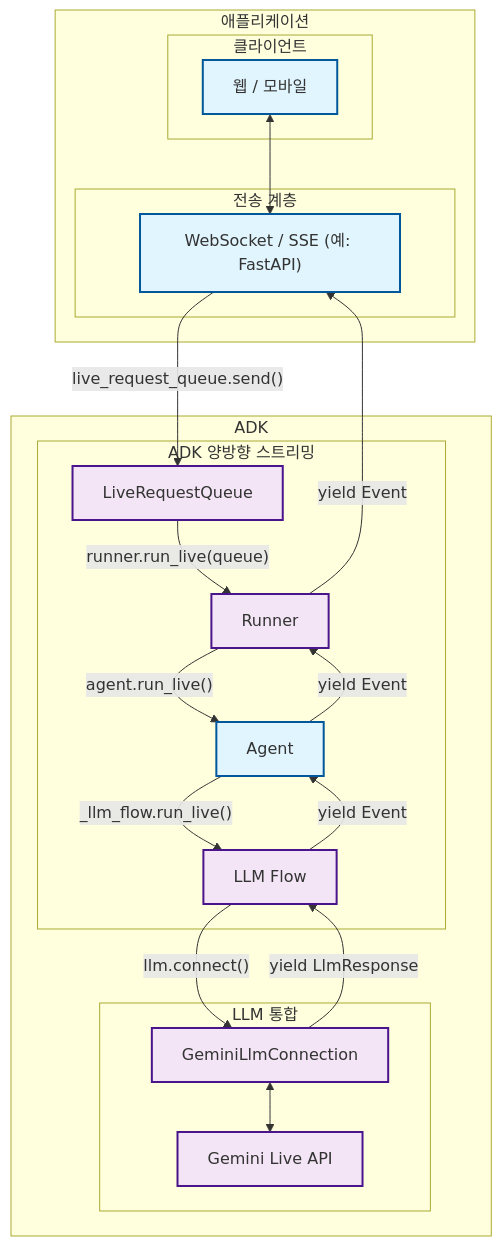
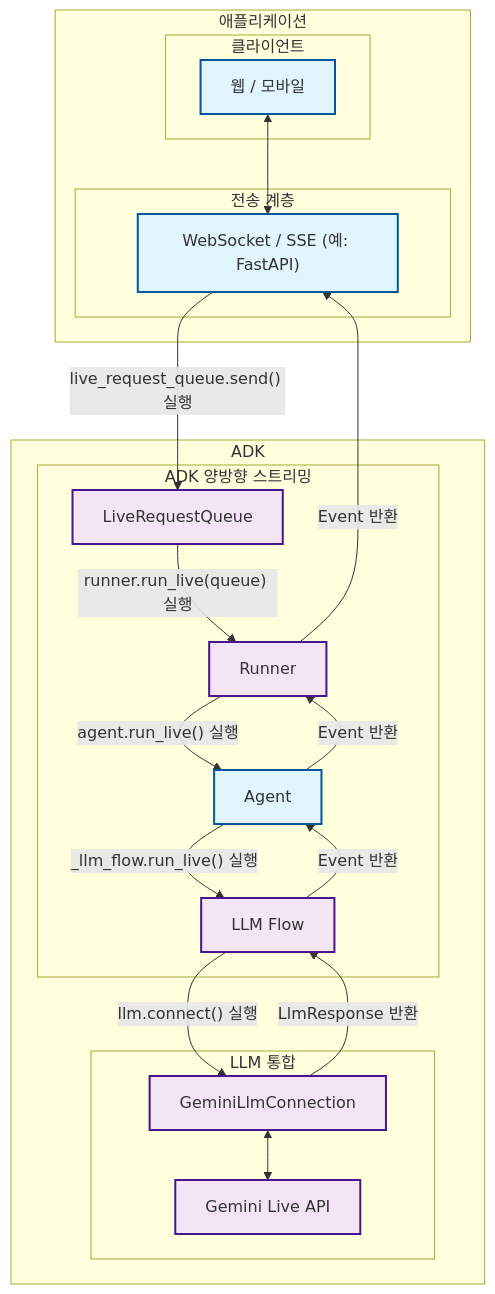
The second of 2 diagrams in docs/ko/streaming/dev-guide/part1.md (adk-labs/adk-docs), drawn with Mermaid before and after one commit. The commit also changed other lines of this file and 37 other files, not shown here.

````diff
--- a/docs/ko/streaming/dev-guide/part1.md
+++ b/docs/ko/streaming/dev-guide/part1.md
@@ -94,44 +102,44 @@
 ```mermaid
 graph TB
     subgraph "애플리케이션"
         subgraph "클라이언트"
             C1["웹 / 모바일"]
         end
 
         subgraph "전송 계층"
             T1["WebSocket / SSE (예: FastAPI)"]
         end
     end
 
     subgraph "ADK"
         subgraph "ADK 양방향 스트리밍"
             L1[LiveRequestQueue]
             L2[Runner]
             L3[Agent]
             L4[LLM Flow]
         end
 
         subgraph "LLM 통합"
             G1[GeminiLlmConnection]
             G2[Gemini Live API]
         end
     end
 
     C1 <--> T1
-    T1 -->|"live_request_queue.send()"| L1
-    L1 -->|"runner.run_live(queue)"| L2
-    L2 -->|"agent.run_live()"| L3
-    L3 -->|"_llm_flow.run_live()"| L4
-    L4 -->|"llm.connect()"| G1
+    T1 -->|"live_request_queue.send() 실행"| L1
+    L1 -->|"runner.run_live(queue) 실행"| L2
+    L2 -->|"agent.run_live() 실행"| L3
+    L3 -->|"_llm_flow.run_live() 실행"| L4
+    L4 -->|"llm.connect() 실행"| G1
     G1 <--> G2
-    G1 -->|"yield LlmResponse"| L4
-    L4 -->|"yield Event"| L3
-    L3 -->|"yield Event"| L2
-    L2 -->|"yield Event"| T1
+    G1 -->|"LlmResponse 반환"| L4
+    L4 -->|"Event 반환"| L3
+    L3 -->|"Event 반환"| L2
+    L2 -->|"Event 반환"| T1
 
     classDef external fill:#e1f5fe,stroke:#01579b,stroke-width:2px
     classDef adk fill:#f3e5f5,stroke:#4a148c,stroke-width:2px
 
     class C1,T1,L3 external
     class L1,L2,L4,G1,G2 adk
 ```
````
